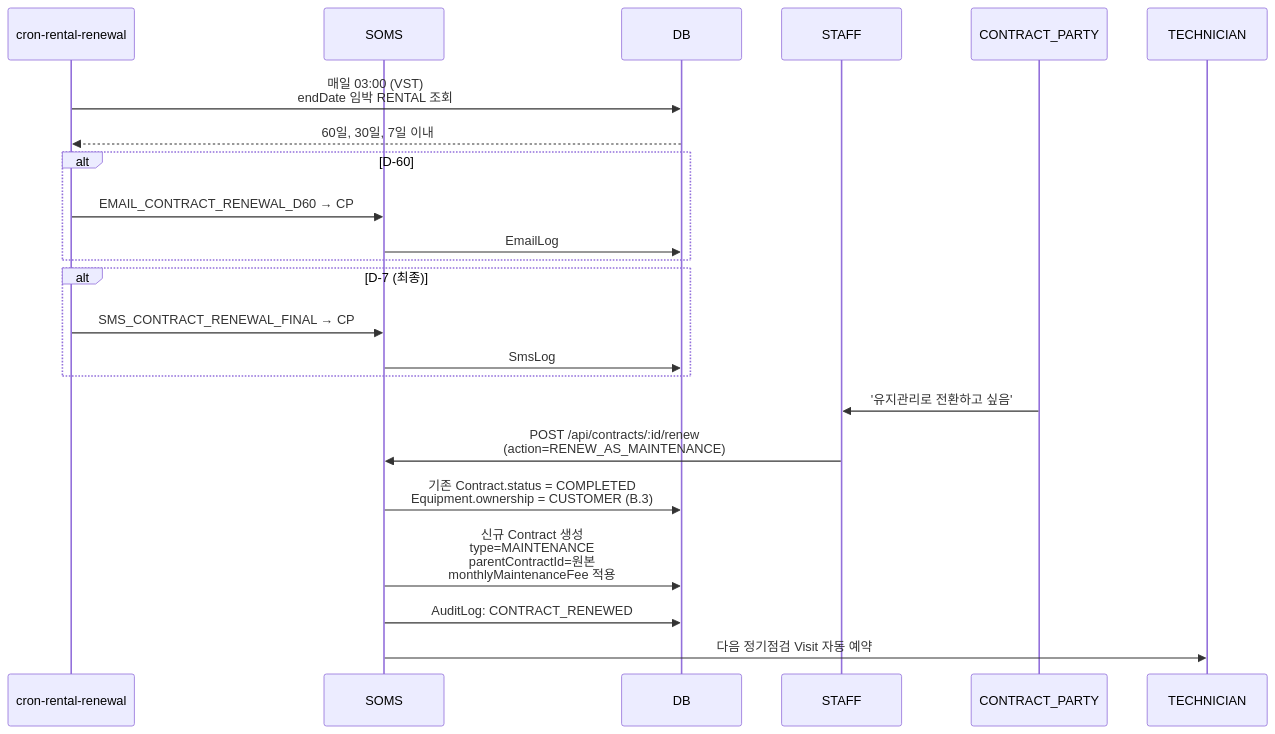
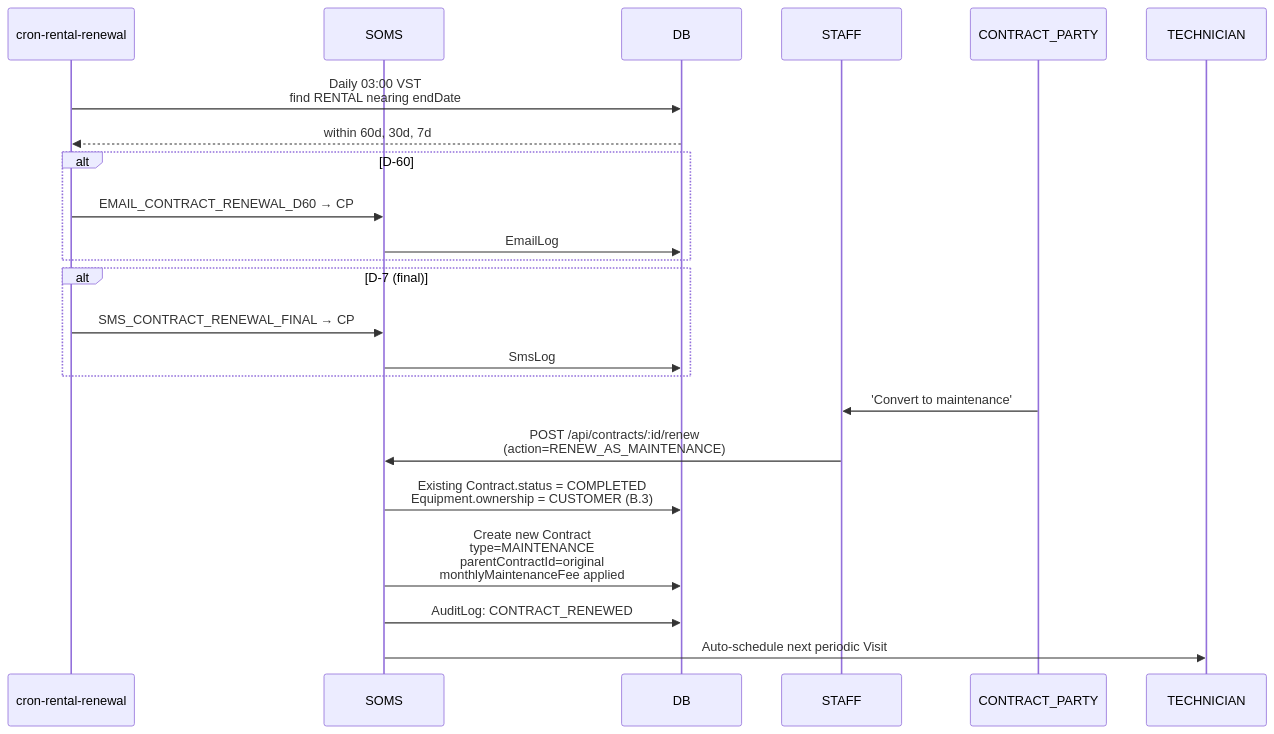
Before and after one commit to JoJakeTaemoon/jakes-home-appliances-soms: diagram 13 of 43 in docs/USER_WORKFLOWS.md, drawn with Mermaid. The commit also changed other lines of this file and 1 other file, not shown here.

First line of the commit message:
docs(workflows): add per-Part summary diagrams to HOW_TO_USE.md + translate USER_WORKFLOWS.md to English

````diff
--- a/docs/USER_WORKFLOWS.md
+++ b/docs/USER_WORKFLOWS.md
@@ -407,29 +407,29 @@
 ```mermaid
 sequenceDiagram
   participant Cron as cron-rental-renewal
   participant System as SOMS
   participant DB as DB
   participant Staff as STAFF
   participant Customer as CONTRACT_PARTY
   participant Tech as TECHNICIAN
 
-  Cron->>DB: 매일 03:00 (VST)<br/>endDate 임박 RENTAL 조회
-  DB-->>Cron: 60일, 30일, 7일 이내
+  Cron->>DB: Daily 03:00 VST<br/>find RENTAL nearing endDate
+  DB-->>Cron: within 60d, 30d, 7d
 
   alt D-60
     Cron->>System: EMAIL_CONTRACT_RENEWAL_D60 → CP
     System->>DB: EmailLog
   end
 
-  alt D-7 (최종)
+  alt D-7 (final)
     Cron->>System: SMS_CONTRACT_RENEWAL_FINAL → CP
     System->>DB: SmsLog
   end
 
-  Customer->>Staff: '유지관리로 전환하고 싶음'
+  Customer->>Staff: 'Convert to maintenance'
   Staff->>System: POST /api/contracts/:id/renew<br/>(action=RENEW_AS_MAINTENANCE)
-  System->>DB: 기존 Contract.status = COMPLETED<br/>Equipment.ownership = CUSTOMER (B.3)
-  System->>DB: 신규 Contract 생성<br/>type=MAINTENANCE<br/>parentContractId=원본<br/>monthlyMaintenanceFee 적용
+  System->>DB: Existing Contract.status = COMPLETED<br/>Equipment.ownership = CUSTOMER (B.3)
+  System->>DB: Create new Contract<br/>type=MAINTENANCE<br/>parentContractId=original<br/>monthlyMaintenanceFee applied
   System->>DB: AuditLog: CONTRACT_RENEWED
-  System->>Tech: 다음 정기점검 Visit 자동 예약
+  System->>Tech: Auto-schedule next periodic Visit
 ```
````
